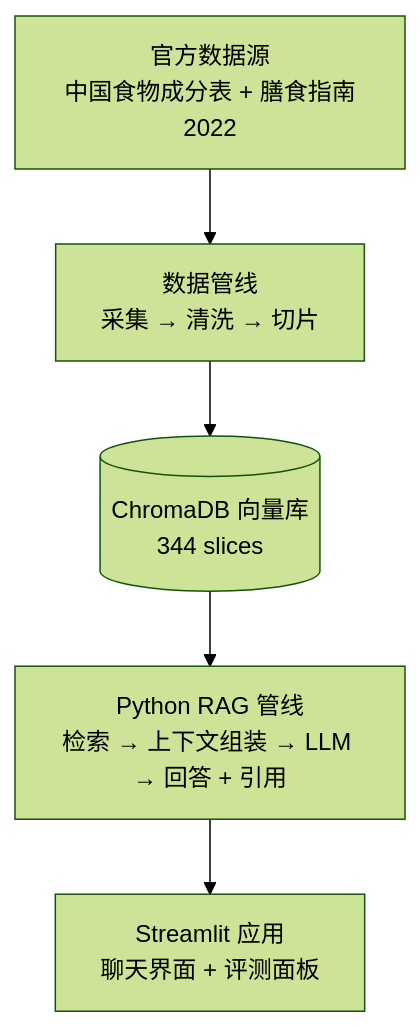
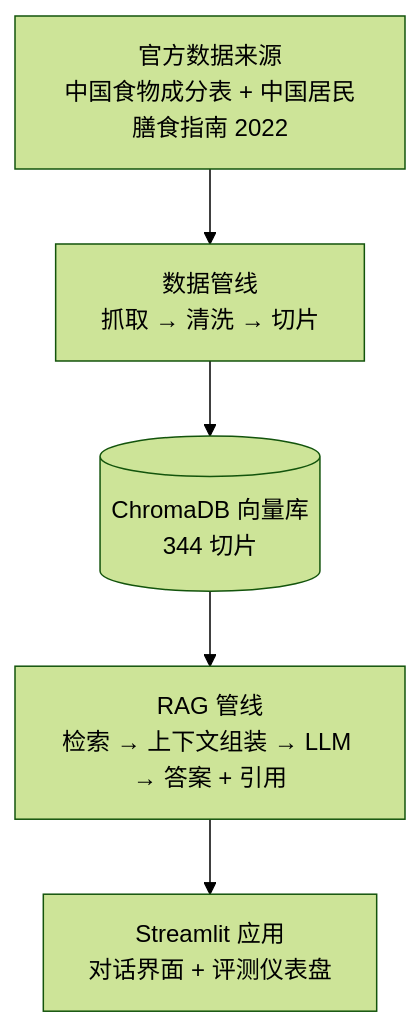
Before and after one commit to ElijahZhao/MetaNutri-Ai-RAG: the diagram in README.zh-CN.md, drawn with Mermaid (forest theme). The commit also changed other lines of this file and 4 other files, not shown here.

````diff
--- a/README.zh-CN.md
+++ b/README.zh-CN.md
@@ -51,7 +164,7 @@
 ```mermaid
 flowchart TD
-    A["官方数据源<br/>中国食物成分表 + 膳食指南2022"] --> B["数据管线<br/>采集 → 清洗 → 切片"]
-    B --> C[("ChromaDB 向量库<br/>344 slices")]
-    C --> D["Python RAG 管线<br/>检索 → 上下文组装 → LLM → 回答 + 引用"]
-    D --> E["Streamlit 应用<br/>聊天界面 + 评测面板"]
+    A["官方数据来源<br/>中国食物成分表 + 中国居民膳食指南 2022"] --> B["数据管线<br/>抓取 → 清洗 → 切片"]
+    B --> C[("ChromaDB 向量库<br/>344 切片")]
+    C --> D["RAG 管线<br/>检索 → 上下文组装 → LLM → 答案 + 引用"]
+    D --> E["Streamlit 应用<br/>对话界面 + 评测仪表盘"]
 ```
````
